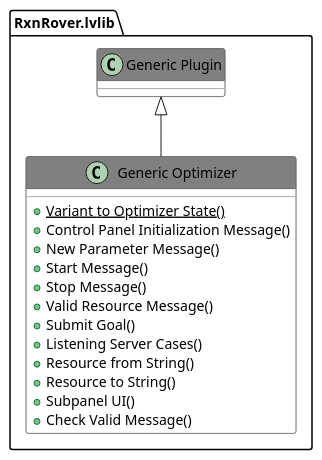
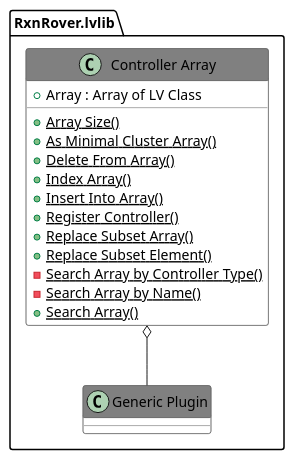
The diagram in docs/source/_static/api/Includes/014.adoc (RxnRover/RxnRover), drawn with PlantUML before and after one commit. The commit also changed other lines of this file and 18 other files, not shown here.

```diff
--- a/docs/source/_static/api/Includes/014.adoc
+++ b/docs/source/_static/api/Includes/014.adoc
@@ -10,31 +10,31 @@
 [plantuml, format="svg", align="center"]
 ....
 @startuml
 set namespaceSeparator :
 skinparam ClassBackgroundColor #FFFFFF
 skinparam ClassBorderColor #555555
 skinparam ClassFontColor #000000
 skinparam ClassHeaderBackgroundColor #808080
 
 skinparam top to bottom direction
-class "RxnRover.lvlib:Generic Optimizer" {
-{static} {method} +Variant to Optimizer State()
-{method} +Control Panel Initialization Message()
-{method} +New Parameter Message()
-{method} +Start Message()
-{method} +Stop Message()
-{method} +Valid Resource Message()
-{method} +Submit Goal()
-{method} +Listening Server Cases()
-{method} +Resource from String()
-{method} +Resource to String()
-{method} +Subpanel UI()
-{method} +Check Valid Message()
+class "RxnRover.lvlib:Controller Array" {
+{field} +Array : Array of LV Class
+{static} {method} +Array Size()
+{static} {method} +As Minimal Cluster Array()
+{static} {method} +Delete From Array()
+{static} {method} +Index Array()
+{static} {method} +Insert Into Array()
+{static} {method} +Register Controller()
+{static} {method} +Replace Subset Array()
+{static} {method} +Replace Subset Element()
+{static} {method} -Search Array by Controller Type()
+{static} {method} -Search Array by Name()
+{static} {method} +Search Array()
 
 }
-"RxnRover.lvlib:Generic Plugin" <|-- "RxnRover.lvlib:Generic Optimizer"
 
+"RxnRover.lvlib:Controller Array" o-- "RxnRover.lvlib:Generic Plugin"
 
 
 @enduml
 ....
```
